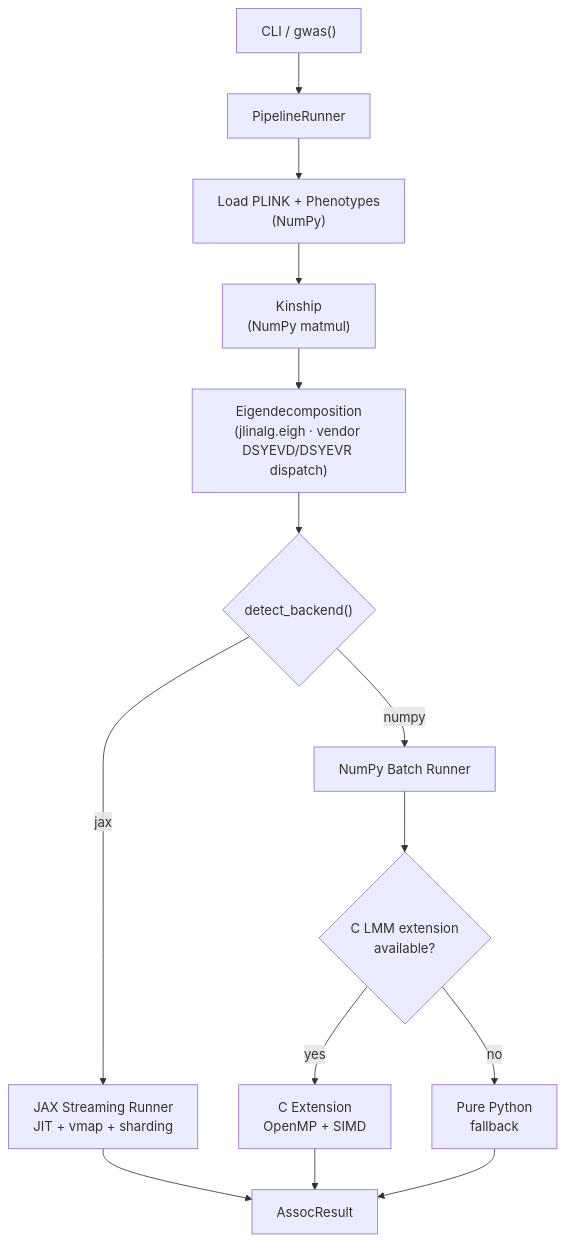
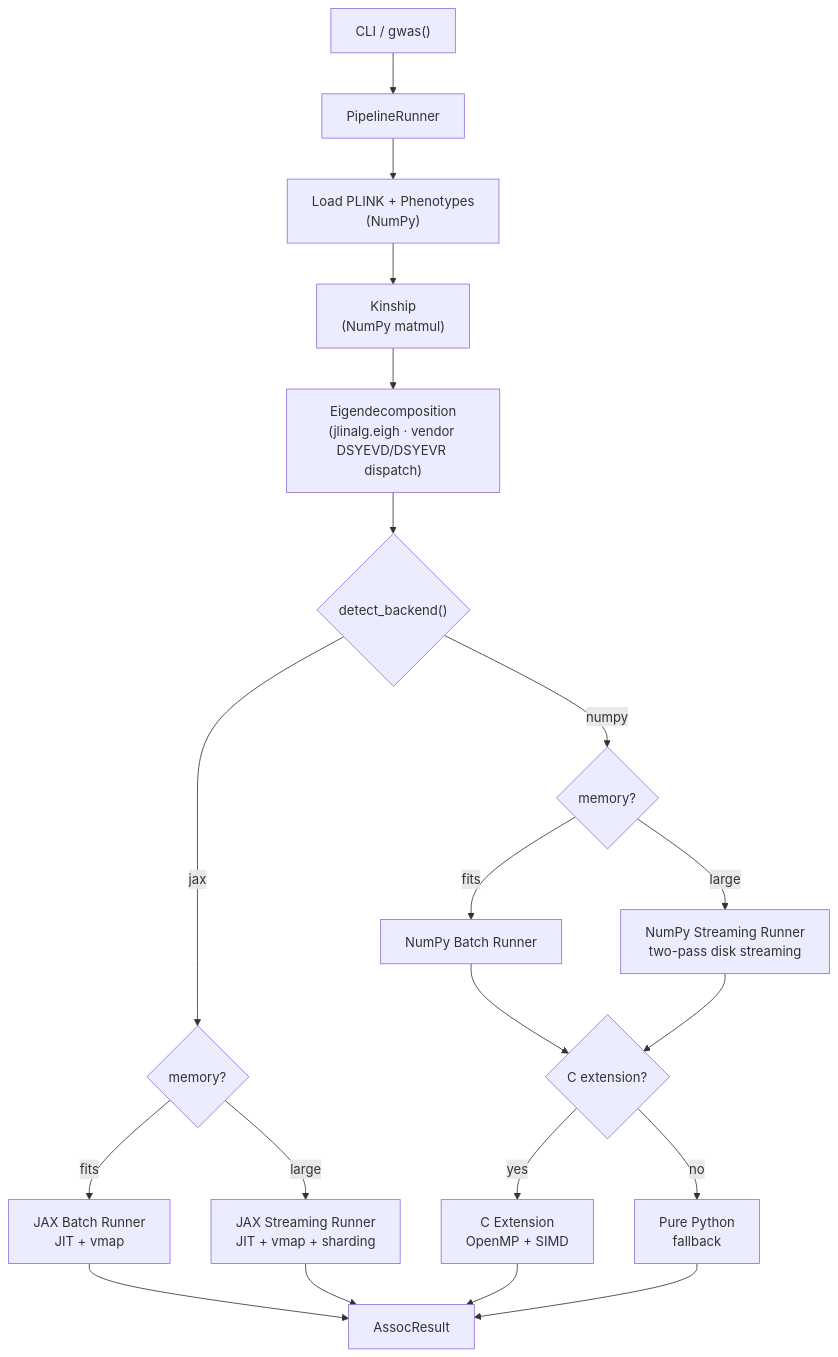
One commit to michael-denyer/jamma changed the first of 2 diagrams in README.md. Above: the diagram before and after it, drawn with Mermaid. The commit also changed other lines of this file and 19 other files, not shown here.

````diff
--- a/README.md
+++ b/README.md
@@ -311,16 +313,22 @@
 ```mermaid
 flowchart TD
     CLI["CLI / gwas()"] --> PIPE["PipelineRunner"]
     PIPE --> LOAD["Load PLINK + Phenotypes<br>(NumPy)"]
     LOAD --> KIN["Kinship<br>(NumPy matmul)"]
     KIN --> EIG["Eigendecomposition<br>(jlinalg.eigh · vendor DSYEVD/DSYEVR dispatch)"]
     EIG --> DET{"detect_backend()"}
-    DET -->|"jax"| JAX["JAX Streaming Runner<br>JIT + vmap + sharding"]
-    DET -->|"numpy"| NP["NumPy Batch Runner"]
-    NP --> CEXT{"C LMM extension<br>available?"}
+    DET -->|"jax"| JAXM{"memory?"}
+    JAXM -->|"fits"| JAXB["JAX Batch Runner<br>JIT + vmap"]
+    JAXM -->|"large"| JAXS["JAX Streaming Runner<br>JIT + vmap + sharding"]
+    DET -->|"numpy"| NPM{"memory?"}
+    NPM -->|"fits"| NP["NumPy Batch Runner"]
+    NPM -->|"large"| NPS["NumPy Streaming Runner<br>two-pass disk streaming"]
+    NP --> CEXT{"C extension?"}
+    NPS --> CEXT
     CEXT -->|yes| C["C Extension<br>OpenMP + SIMD"]
     CEXT -->|no| PY["Pure Python<br>fallback"]
-    JAX --> RES["AssocResult"]
+    JAXB --> RES["AssocResult"]
+    JAXS --> RES
     C --> RES
     PY --> RES
 ```
````
